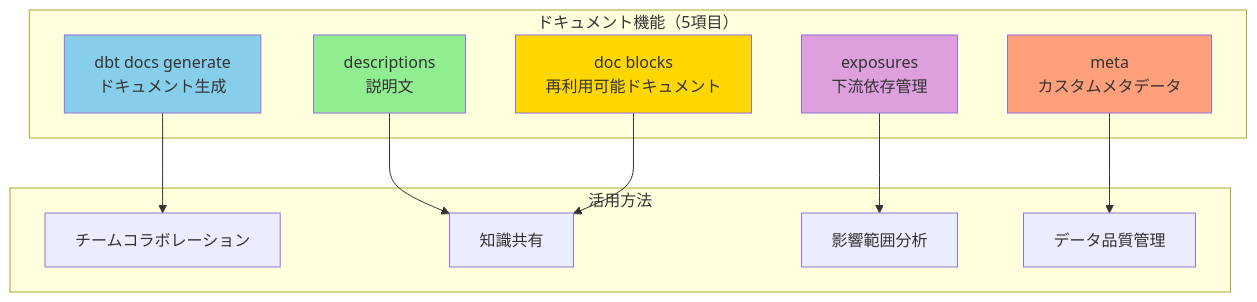
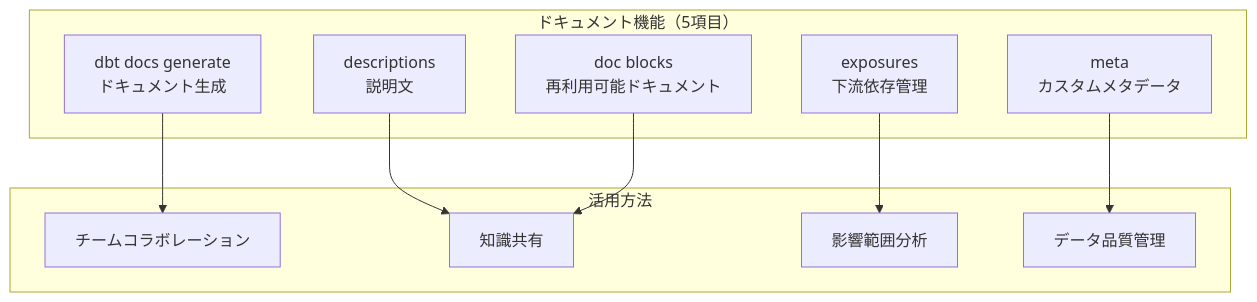
The fifth of 5 diagrams in content/Tech/dbt/categories/documentation-config.md (1210yuichi0/1210yuichi0.github.io), drawn with Mermaid before and after one commit. The commit also changed other lines of this file and 22 other files, not shown here.

First line of the commit message:
style: remove Mermaid style directives for dark mode compatibility

````diff
--- a/content/Tech/dbt/categories/documentation-config.md
+++ b/content/Tech/dbt/categories/documentation-config.md
@@ -980,29 +969,24 @@
 ```mermaid
 flowchart TB
     subgraph "ドキュメント機能（5項目）"
         DocsGen[dbt docs generate<br/>ドキュメント生成]
         Desc[descriptions<br/>説明文]
         DocBlocks[doc blocks<br/>再利用可能ドキュメント]
         Meta[meta<br/>カスタムメタデータ]
         Exposures[exposures<br/>下流依存管理]
     end
 
     subgraph "活用方法"
         Collab[チームコラボレーション]
         Knowledge[知識共有]
         Impact[影響範囲分析]
         Quality[データ品質管理]
     end
 
     DocsGen --> Collab
     Desc --> Knowledge
     DocBlocks --> Knowledge
     Meta --> Quality
     Exposures --> Impact
 
-    style DocsGen fill:#87CEEB
-    style Desc fill:#90EE90
-    style DocBlocks fill:#FFD700
-    style Meta fill:#FFA07A
-    style Exposures fill:#DDA0DD
 ```
````
